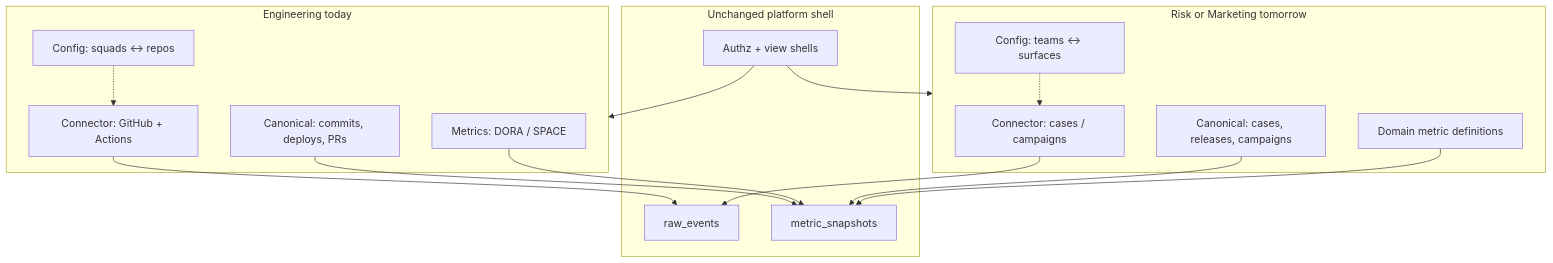
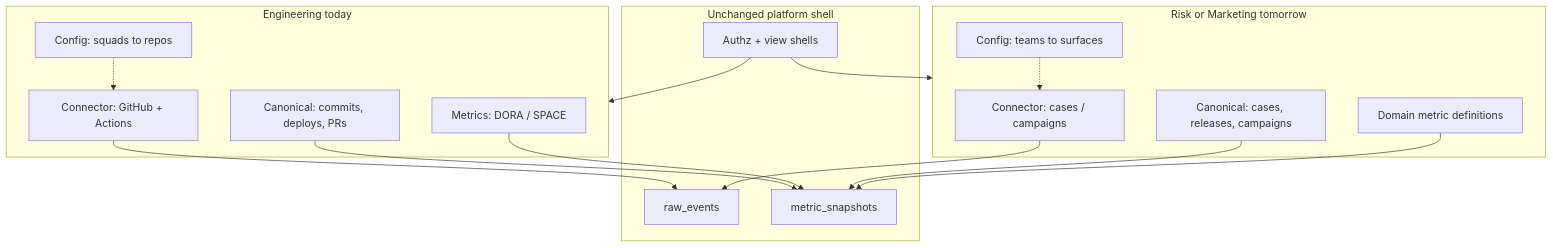
Before and after one commit to Meseery2/dev-pulse: the third of 3 diagrams in docs/ASSESSMENT.md, drawn with Mermaid. The commit also changed other lines of this file, not shown here.

First line of the commit message:
docs: trim architecture tables; keep Mermaid as primary visual

````diff
--- a/docs/ASSESSMENT.md
+++ b/docs/ASSESSMENT.md
@@ -141,33 +137,33 @@
 ```mermaid
 flowchart TB
   subgraph Shared["Unchanged platform shell"]
     RAW["raw_events"]
     SNAP["metric_snapshots"]
     GUARD["Authz + view shells"]
   end
 
   subgraph Eng["Engineering today"]
     EC["Connector: GitHub + Actions"]
     ECanon["Canonical: commits, deploys, PRs"]
     EM["Metrics: DORA / SPACE"]
-    ECfg["Config: squads ↔ repos"]
+    ECfg["Config: squads to repos"]
   end
 
   subgraph Next["Risk or Marketing tomorrow"]
     NC["Connector: cases / campaigns"]
     NCanon["Canonical: cases, releases, campaigns"]
     NM["Domain metric definitions"]
-    NCfg["Config: teams ↔ surfaces"]
+    NCfg["Config: teams to surfaces"]
   end
 
   EC --> RAW
   ECanon --> SNAP
   EM --> SNAP
   NC --> RAW
   NCanon --> SNAP
   NM --> SNAP
   GUARD --> Eng
   GUARD --> Next
   ECfg -.-> EC
   NCfg -.-> NC
 ```
````
